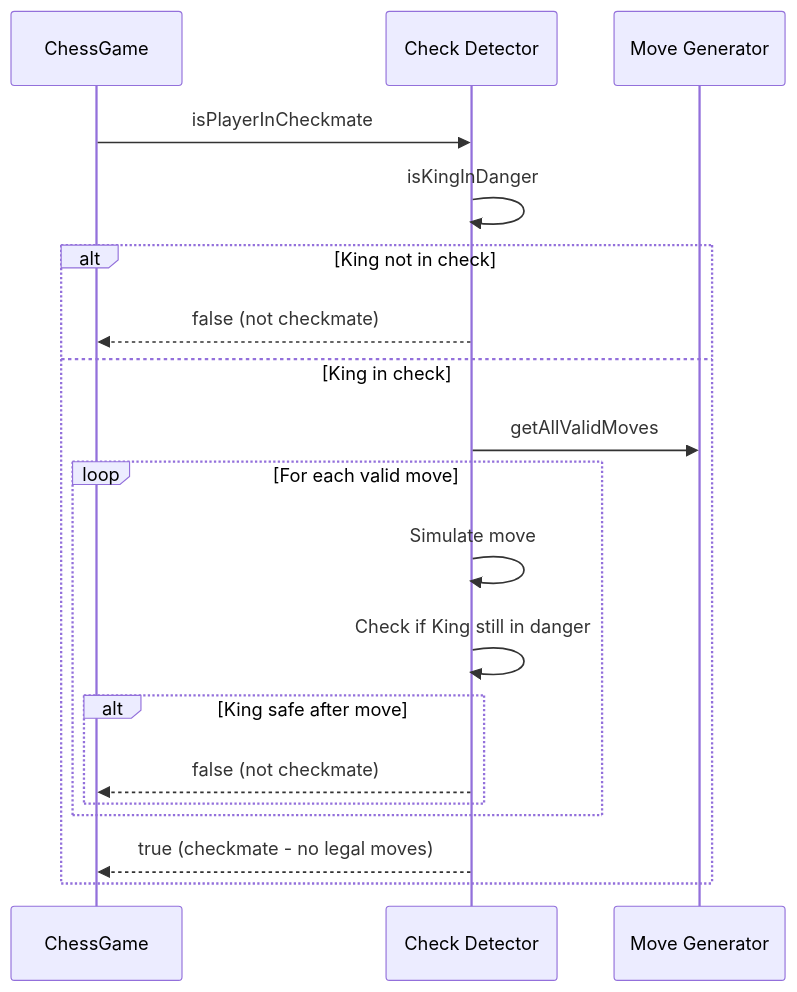
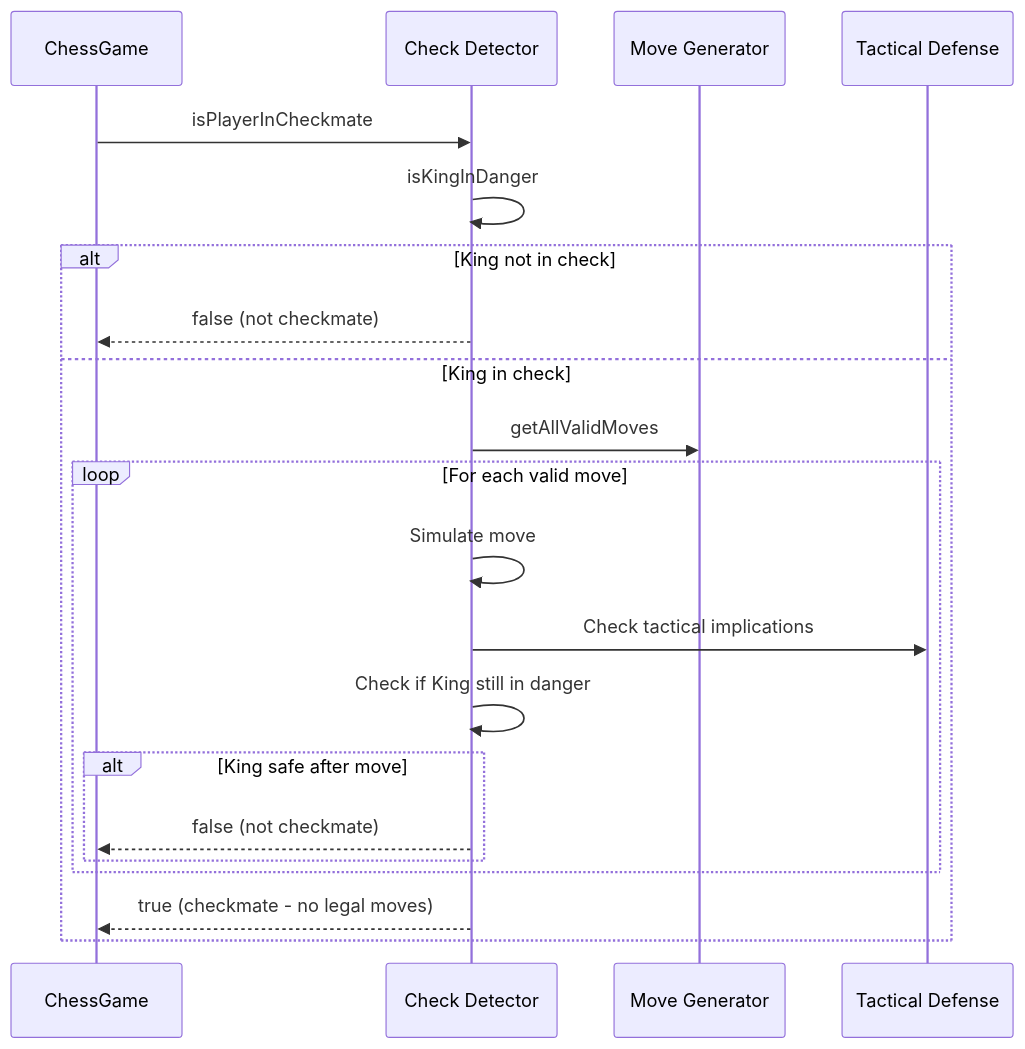
One commit to premkumardevadason/chess changed the fourth of 4 diagrams in docs/ChessGame_Sequence_Diagram.md. Above: the diagram before and after it, drawn with Mermaid. The commit also changed other lines of this file and 1 other file, not shown here.

First line of the commit message:
Update sequence diagrams for refactored chess architecture and MCP integration

````diff
--- a/docs/ChessGame_Sequence_Diagram.md
+++ b/docs/ChessGame_Sequence_Diagram.md
@@ -178,22 +206,24 @@
 ```mermaid
 sequenceDiagram
     participant ChessGame
     participant CheckDetector as Check Detector
     participant MoveGenerator as Move Generator
+    participant TacticalDefense as Tactical Defense
 
     ChessGame->>CheckDetector: isPlayerInCheckmate
     CheckDetector->>CheckDetector: isKingInDanger
     alt King not in check
         CheckDetector-->>ChessGame: false (not checkmate)
     else King in check
         CheckDetector->>MoveGenerator: getAllValidMoves
         loop For each valid move
             CheckDetector->>CheckDetector: Simulate move
+            CheckDetector->>TacticalDefense: Check tactical implications
             CheckDetector->>CheckDetector: Check if King still in danger
             alt King safe after move
                 CheckDetector-->>ChessGame: false (not checkmate)
             end
         end
         CheckDetector-->>ChessGame: true (checkmate - no legal moves)
     end
 ```
````
